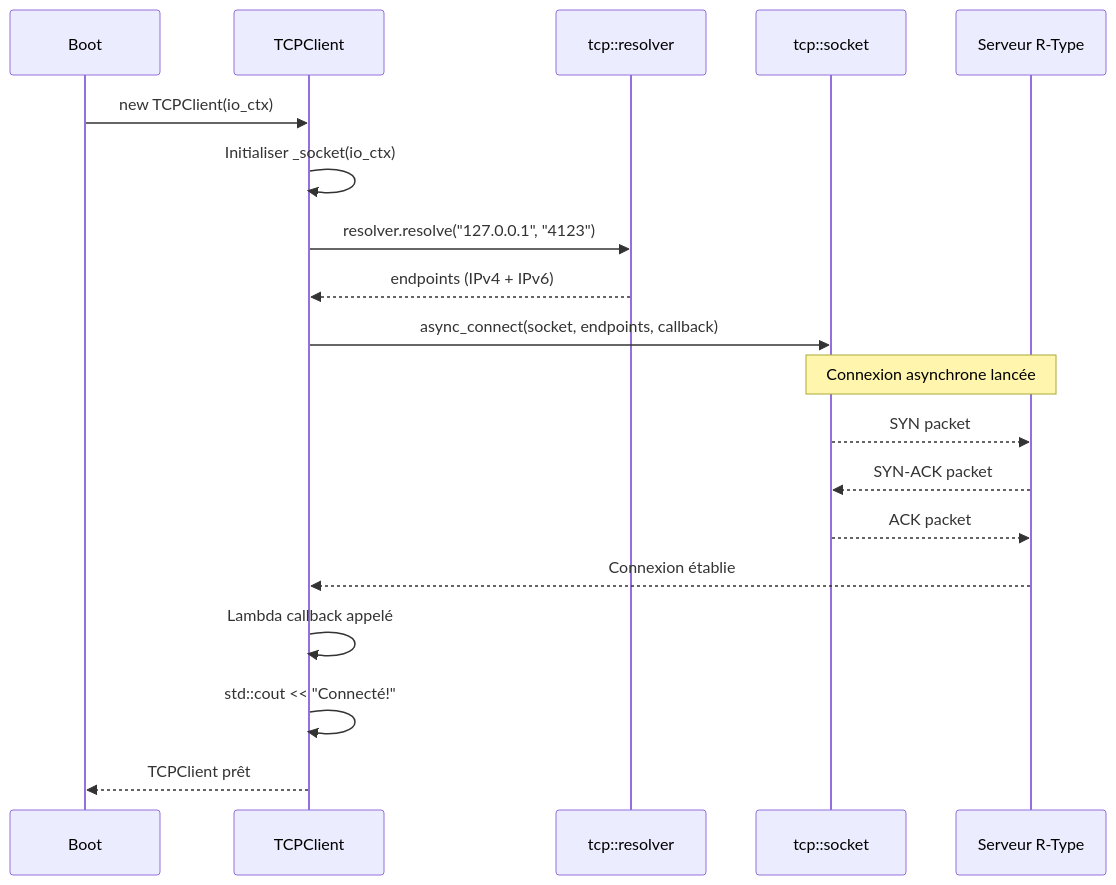
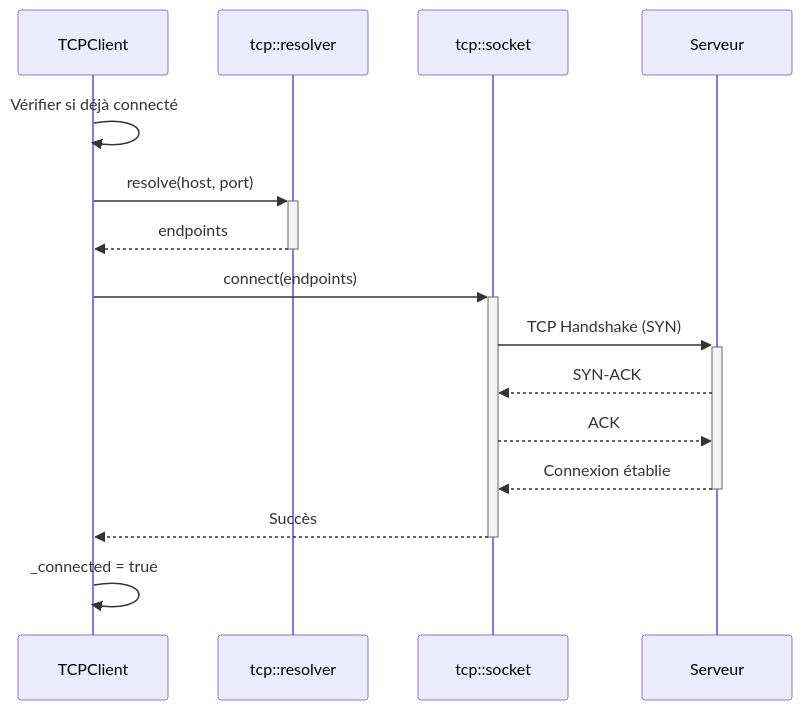
Before and after one commit to ChrisG-L/rtype: the third of 4 diagrams in docs/client/network/tcp-client.md, drawn with Mermaid. The commit also changed other lines of this file and 2 other files, not shown here.

First line of the commit message:
DOCS: Mettre à jour documentation client avec nouvelles fonctionnalités

````diff
--- a/docs/client/network/tcp-client.md
+++ b/docs/client/network/tcp-client.md
@@ -144,27 +212,20 @@
 ```mermaid
 sequenceDiagram
-    participant Boot
-    participant TCP as TCPClient
+    participant Client as TCPClient
     participant Resolver as tcp::resolver
     participant Socket as tcp::socket
-    participant Server as Serveur R-Type
+    participant Server as Serveur
 
-    Boot->>TCP: new TCPClient(io_ctx)
+    Client->>Client: Vérifier si déjà connecté
+    Client->>+Resolver: resolve(host, port)
+    Resolver-->>-Client: endpoints
 
-    TCP->>TCP: Initialiser _socket(io_ctx)
-    TCP->>Resolver: resolver.resolve("127.0.0.1", "4123")
-    Resolver-->>TCP: endpoints (IPv4 + IPv6)
+    Client->>+Socket: connect(endpoints)
+    Socket->>+Server: TCP Handshake (SYN)
+    Server-->>Socket: SYN-ACK
+    Socket-->>Server: ACK
+    Server-->>-Socket: Connexion établie
+    Socket-->>-Client: Succès
 
-    TCP->>Socket: async_connect(socket, endpoints, callback)
-    Note over Socket,Server: Connexion asynchrone lancée
-
-    Socket-->>Server: SYN packet
-    Server-->>Socket: SYN-ACK packet
-    Socket-->>Server: ACK packet
-
-    Server-->>TCP: Connexion établie
-    TCP->>TCP: Lambda callback appelé
-    TCP->>TCP: std::cout << "Connecté!"
-
-    TCP-->>Boot: TCPClient prêt
+    Client->>Client: _connected = true
 ```
````
